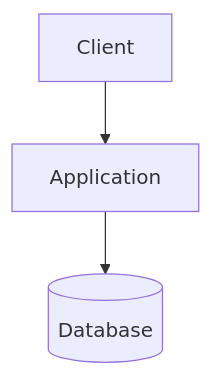
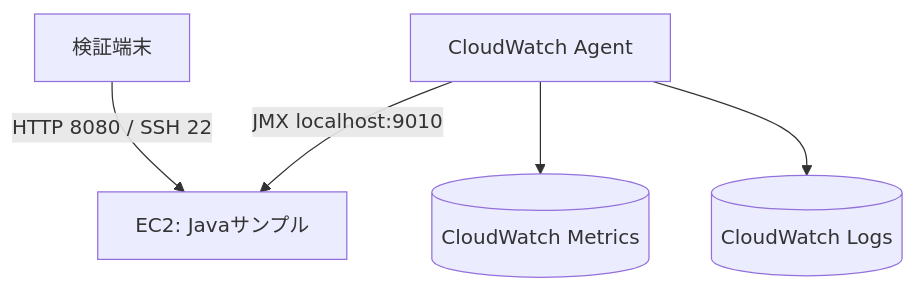
Before and after one commit to YutaSSuzuki/code_cashe_kenshou: the diagram in docs/architecture/deployment.md, drawn with Mermaid. The commit also changed other lines of this file and 53 other files, not shown here.

````diff
--- a/docs/architecture/deployment.md
+++ b/docs/architecture/deployment.md
@@ -14,9 +16,13 @@
 ```mermaid
 flowchart TD
-    client[Client]
-    app[Application]
-    db[(Database)]
+    client[検証端末]
+    ec2[EC2: Javaサンプル]
+    agent[CloudWatch Agent]
+    metrics[(CloudWatch Metrics)]
+    logs[(CloudWatch Logs)]
 
-    client --> app
-    app --> db
+    client -->|HTTP 8080 / SSH 22| ec2
+    agent -->|JMX localhost:9010| ec2
+    agent --> metrics
+    agent --> logs
 ```
````
